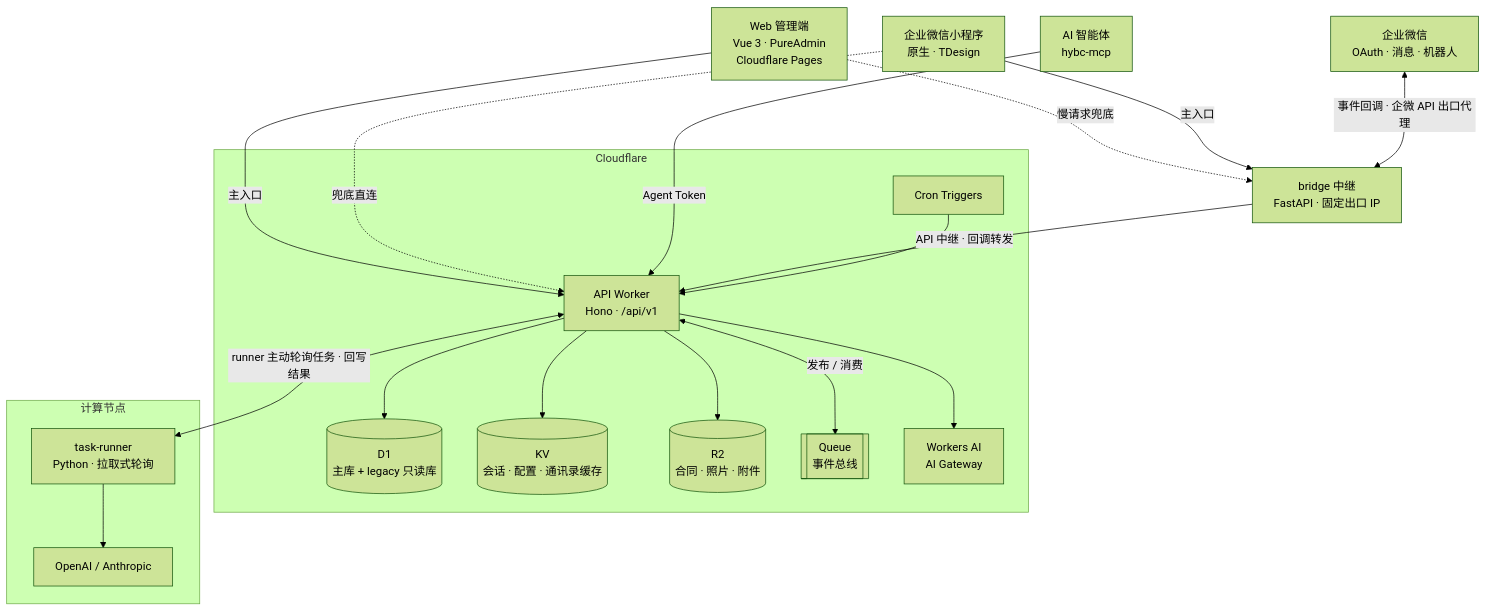
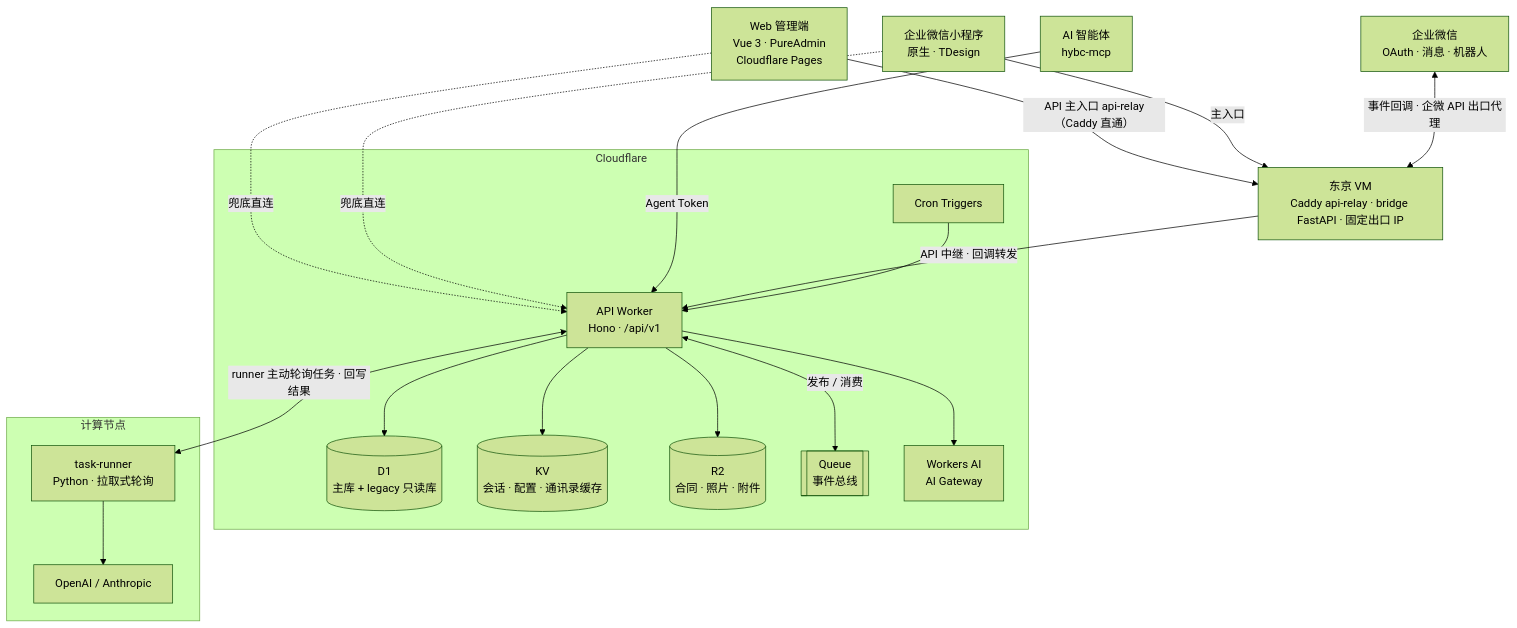
Before and after one commit to zliu259/hybc_core: the first of 2 diagrams in README.md, drawn with Mermaid (forest theme). The commit also changed other lines of this file and 7 other files, not shown here.

Commit message:
docs: 网页端 API 经 api-relay 东京入口上线记录与设计文档归档

````diff
--- a/README.md
+++ b/README.md
@@ -60,39 +60,39 @@
 ```mermaid
 flowchart TB
     web["Web 管理端<br/>Vue 3 · PureAdmin<br/>Cloudflare Pages"]
     mini["企业微信小程序<br/>原生 · TDesign"]
     agent["AI 智能体<br/>hybc-mcp"]
     wecom["企业微信<br/>OAuth · 消息 · 机器人"]
 
-    bridge["bridge 中继<br/>FastAPI · 固定出口 IP"]
+    bridge["东京 VM<br/>Caddy api-relay · bridge FastAPI · 固定出口 IP"]
 
     subgraph cf["Cloudflare"]
         cron["Cron Triggers"]
         api["API Worker<br/>Hono · /api/v1"]
         d1[("D1<br/>主库 + legacy 只读库")]
         kv[("KV<br/>会话 · 配置 · 通讯录缓存")]
         r2[("R2<br/>合同 · 照片 · 附件")]
         queue[["Queue<br/>事件总线"]]
         cfai["Workers AI<br/>AI Gateway"]
     end
 
     subgraph compute["计算节点"]
         runner["task-runner<br/>Python · 拉取式轮询"]
         llm["OpenAI / Anthropic"]
     end
 
-    web -->|主入口| api
-    web -.->|慢请求兜底| bridge
+    web -->|API 主入口 api-relay（Caddy 直通）| bridge
+    web -.->|兜底直连| api
     mini -->|主入口| bridge
     mini -.->|兜底直连| api
     agent -->|Agent Token| api
     agent ~~~ bridge
     wecom <-->|事件回调 · 企微 API 出口代理| bridge
     bridge -->|API 中继 · 回调转发| api
     cron --> api
     api --> d1 & kv & r2
     api <-->|发布 / 消费| queue
     api --> cfai
     api <-->|runner 主动轮询任务 · 回写结果| runner
     runner --> llm
 ```
````
